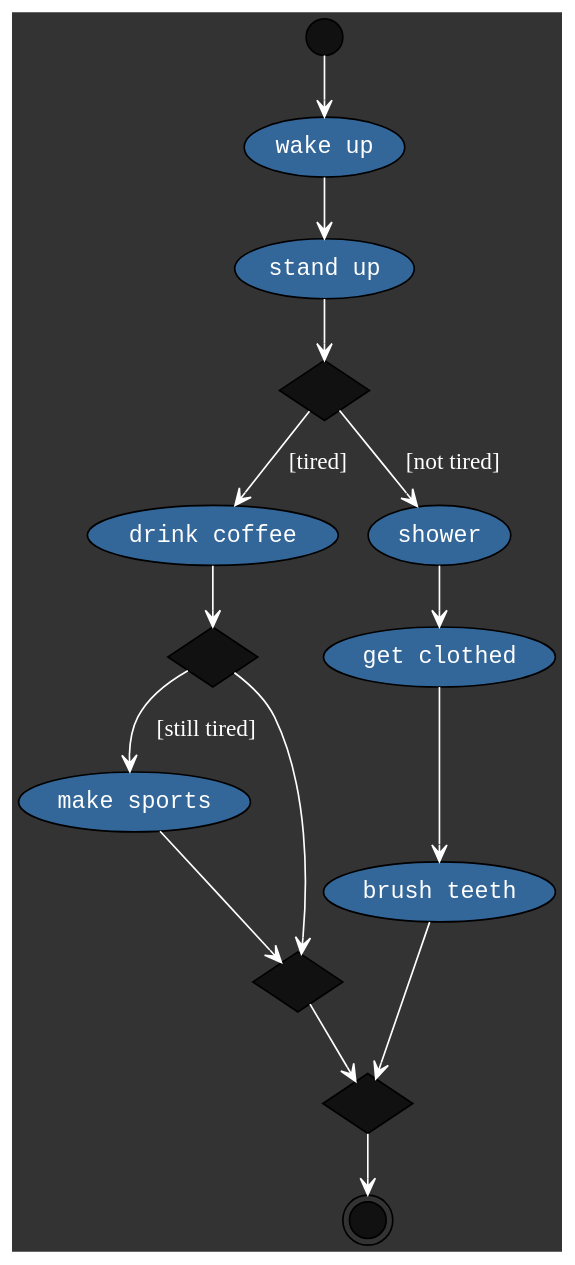
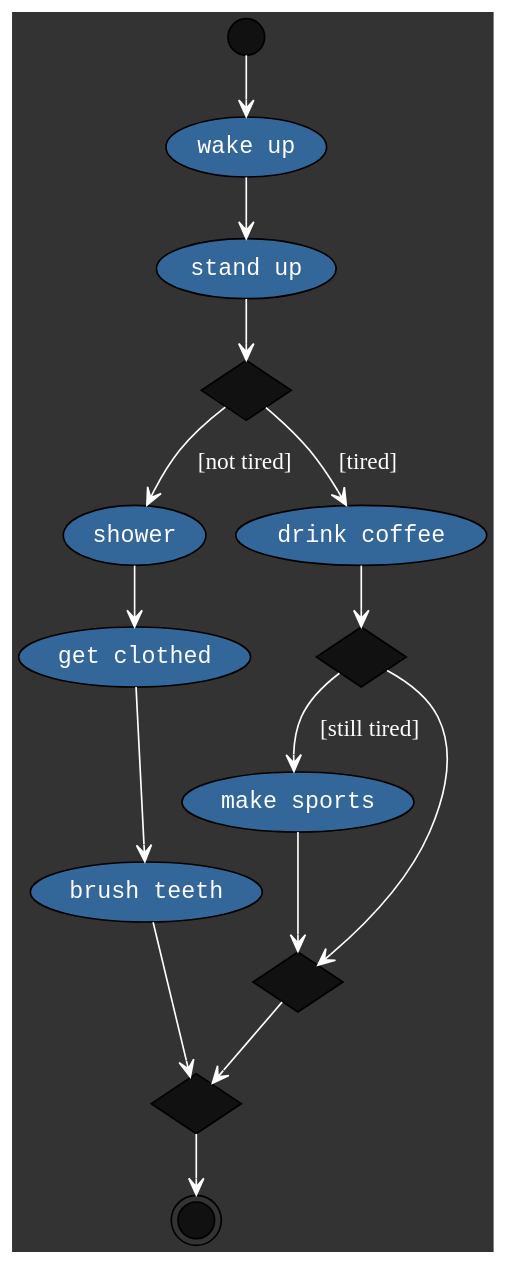
The diagram in examples/simple_test.png.dot (windler/AwesM), drawn with Graphviz before and after one commit. The commit also changed 11 other files, not shown here.

```diff
--- a/examples/simple_test.png.dot
+++ b/examples/simple_test.png.dot
@@ -1,32 +1,32 @@
 digraph  {
 graph [bgcolor="#333333"]
-node [fontname="Courier" shape="oval" fillcolor="#336699" style="filled" fontcolor="white"]
-edge [fontcolor="white" splines="curved" arrowhead="open" color="white"]
-"still tired]make sports"[label="make sports"]
-"still tired]make sports"->"join_8674665223082153551"
-"#end"[height="0.3" shape="doublecircle" label="" style="filled" fillcolor="#111111"]
-"#start"[fillcolor="#111111" height="0.3" shape="circle" label="" style="filled"]
+node [fontcolor="white" fontname="Courier" shape="oval" fillcolor="#336699" style="filled"]
+edge [arrowhead="open" color="white" fontcolor="white" splines="curved"]
+"#start"[label="" style="filled" fillcolor="#111111" height="0.3" shape="circle"]
 "#start"->"wake up"
+"stand up"
+"stand up"->"cond_5577006791947779410"
+"shower"
+"shower"->"get clothed"
+"get clothed"
+"get clothed"->"brush teeth"
+"join_5577006791947779410"[shape="diamond" label="" fillcolor="#111111"]
+"join_5577006791947779410"->"#end"
+"#end"[fillcolor="#111111" height="0.3" shape="doublecircle" label="" style="filled"]
 "wake up"
 "wake up"->"stand up"
-"tired]drink coffee"[label="drink coffee"]
-"tired]drink coffee"->"cond_8674665223082153551"
-"get clothed"
-"get clothed"->"brush teeth"
+"cond_5577006791947779410"[shape="diamond" label="" fillcolor="#111111"]
+"cond_5577006791947779410"->"shower"[label=" [not tired]"]
+"cond_5577006791947779410"->"drink coffee"[label=" [tired]"]
 "brush teeth"
 "brush teeth"->"join_5577006791947779410"
-"cond_8674665223082153551"[shape="diamond" label="" fillcolor="#111111"]
-"cond_8674665223082153551"->"still tired]make sports"[label=" [still tired]"]
-"cond_8674665223082153551"->"join_8674665223082153551"
-"join_8674665223082153551"[fillcolor="#111111" shape="diamond" label=""]
-"join_8674665223082153551"->"join_5577006791947779410"
-"join_5577006791947779410"[shape="diamond" label="" fillcolor="#111111"]
-"join_5577006791947779410"->"#end"
-"stand up"
-"stand up"->"cond_5577006791947779410"
-"cond_5577006791947779410"[fillcolor="#111111" shape="diamond" label=""]
-"cond_5577006791947779410"->"not tired]shower"[label=" [not tired]"]
-"cond_5577006791947779410"->"tired]drink coffee"[label=" [tired]"]
-"not tired]shower"[label="shower"]
-"not tired]shower"->"get clothed"
+"drink coffee"
+"drink coffee"->"cond_6129484611666145821"
+"cond_6129484611666145821"[shape="diamond" label="" fillcolor="#111111"]
+"cond_6129484611666145821"->"make sports"[label=" [still tired]"]
+"cond_6129484611666145821"->"join_6129484611666145821"
+"make sports"
+"make sports"->"join_6129484611666145821"
+"join_6129484611666145821"[fillcolor="#111111" shape="diamond" label=""]
+"join_6129484611666145821"->"join_5577006791947779410"
 }
```
